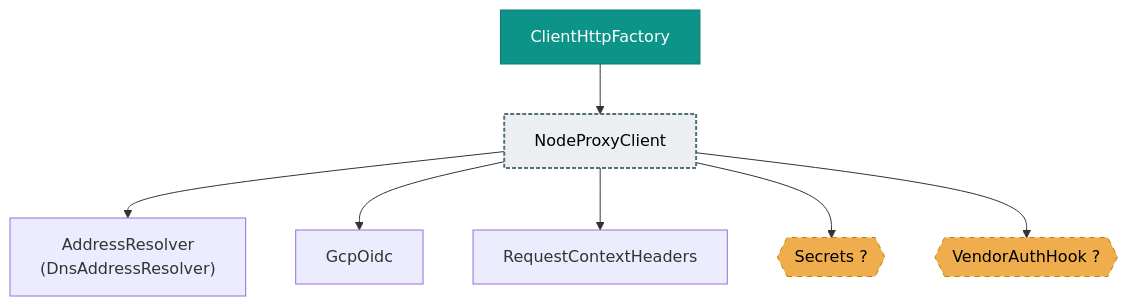
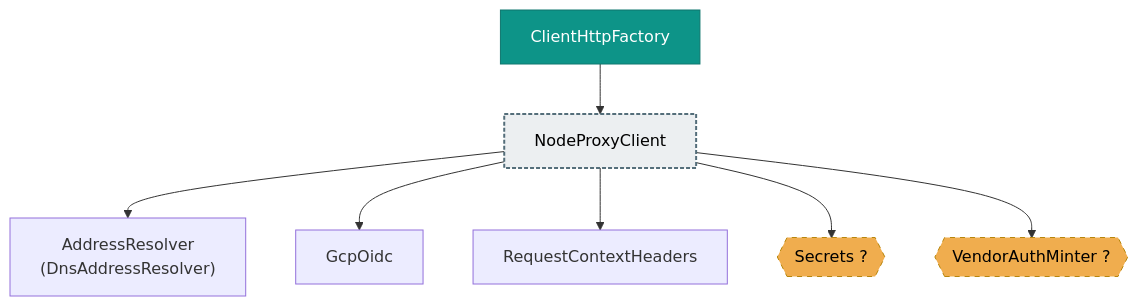
Before and after one commit to deanhiller/webpieces-ts: the diagram in packages/http/http-client-node/design.md, drawn with Mermaid. The commit also changed 39 other files, not shown here.

First line of the commit message:
Split vendorAuth into independent outbound minter and inbound verifier DI roles (#1360)

````diff
--- a/packages/http/http-client-node/design.md
+++ b/packages/http/http-client-node/design.md
@@ -13,23 +13,23 @@
 ```mermaid
 graph TD
     ClientHttpFactory["ClientHttpFactory"]:::apiImpl
     DnsAddressResolver["AddressResolver<br/>(DnsAddressResolver)"]
     GcpOidc["GcpOidc"]
     NodeProxyClient["NodeProxyClient"]:::many
     RequestContextHeaders["RequestContextHeaders"]
     Secrets{{"Secrets ?"}}:::unresolved
-    VendorAuthHook{{"VendorAuthHook ?"}}:::unresolved
+    VendorAuthMinter{{"VendorAuthMinter ?"}}:::unresolved
     ClientHttpFactory --> NodeProxyClient
     NodeProxyClient --> DnsAddressResolver
     NodeProxyClient --> GcpOidc
     NodeProxyClient --> RequestContextHeaders
     NodeProxyClient --> Secrets
-    NodeProxyClient --> VendorAuthHook
+    NodeProxyClient --> VendorAuthMinter
     classDef controller fill:#1f6feb,color:#ffffff,stroke:#0d419d
     classDef apiImpl fill:#0d9488,color:#ffffff,stroke:#0f766e
     classDef component fill:#2da44e,color:#ffffff,stroke:#1a7f37
     classDef unresolved fill:#f0ad4e,color:#000000,stroke:#b8860b,stroke-dasharray: 5 5
     classDef external fill:#b39ddb,color:#000000,stroke:#5e35b1,stroke-width:3px
     classDef api fill:#4fc3f7,color:#000000,stroke:#0277bd,stroke-width:3px
     classDef many fill:#eceff1,color:#000000,stroke:#546e7a,stroke-width:2px,stroke-dasharray: 4 2
 ```
````
